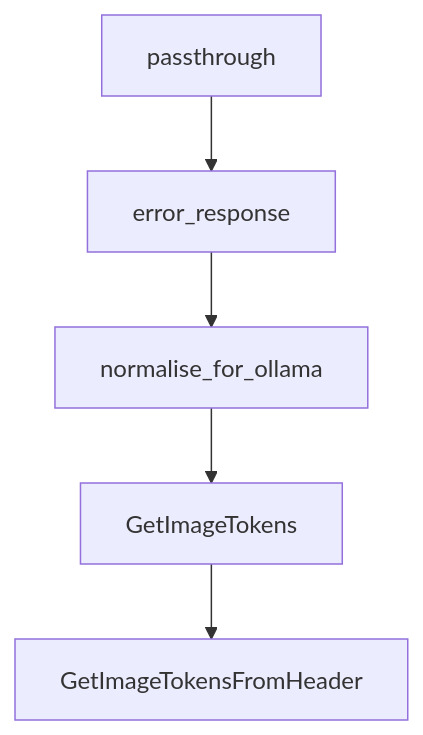
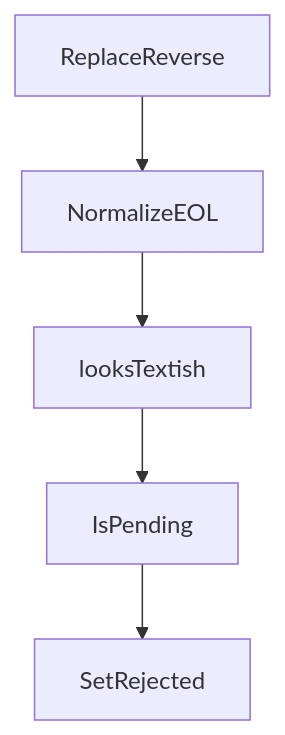
One commit to johnxie/awesome-code-docs changed the diagram in tutorials/plandex-tutorial/08-self-hosting-and-production-operations.md. Above: the diagram before and after it, drawn with Mermaid. The commit also changed other lines of this file and 1232 other files, not shown here.

````diff
--- a/tutorials/plandex-tutorial/08-self-hosting-and-production-operations.md
+++ b/tutorials/plandex-tutorial/08-self-hosting-and-production-operations.md
@@ -202,12 +200,12 @@
 ```mermaid
 flowchart TD
-    A[passthrough]
-    B[error_response]
-    C[normalise_for_ollama]
-    D[GetImageTokens]
-    E[GetImageTokensFromHeader]
+    A[ReplaceReverse]
+    B[NormalizeEOL]
+    C[looksTextish]
+    D[IsPending]
+    E[SetRejected]
     A --> B
     B --> C
     C --> D
     D --> E
 ```
````
